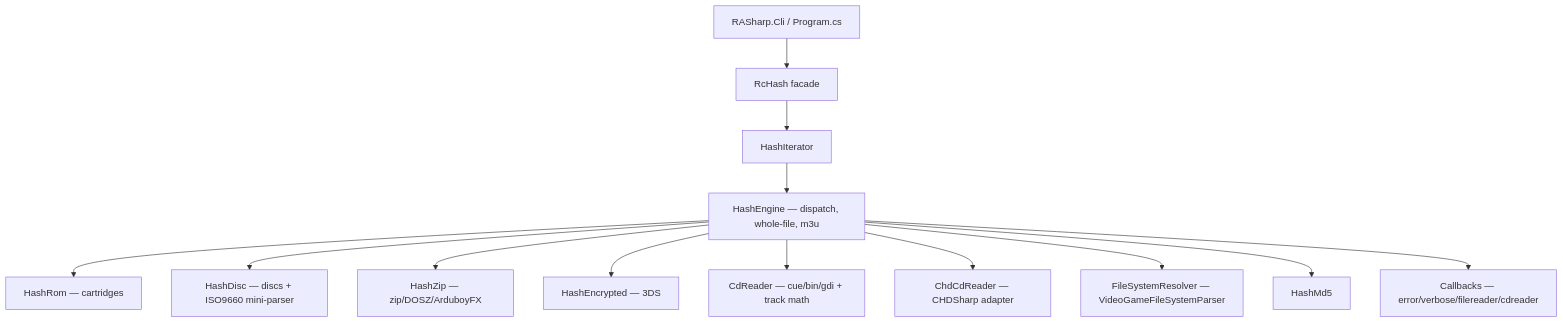
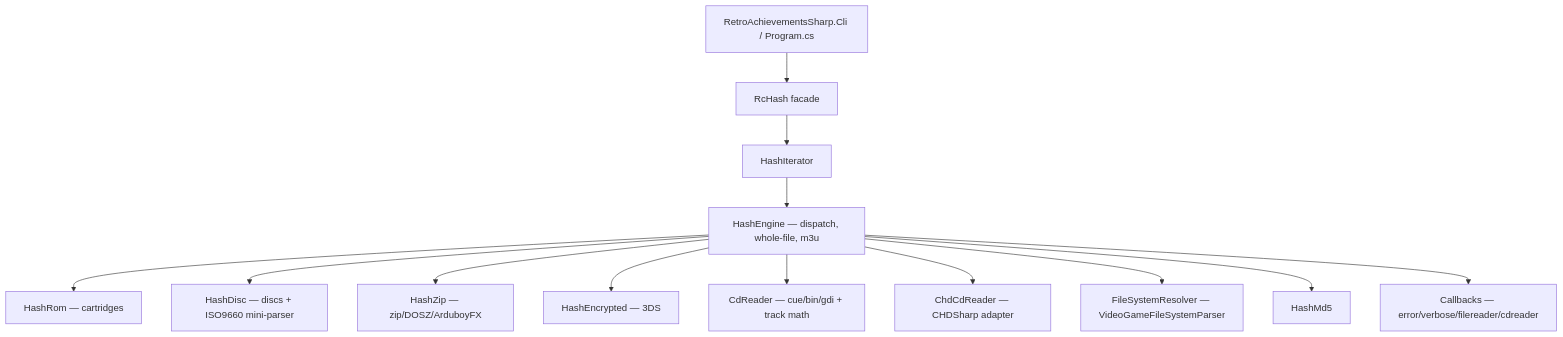
Before and after one commit to purelogiccode/RASharp: the diagram in docs/architecture/overview.md, drawn with Mermaid. The commit also changed other lines of this file and 187 other files, not shown here.

First line of the commit message:
Rename RASharp to RetroAchievementsSharp

````diff
--- a/docs/architecture/overview.md
+++ b/docs/architecture/overview.md
@@ -17,15 +17,15 @@
 ```mermaid
 graph TD
-    CLI[RASharp.Cli / Program.cs] --> RC[RcHash facade]
+    CLI[RetroAchievementsSharp.Cli / Program.cs] --> RC[RcHash facade]
     RC --> IT[HashIterator]
     IT --> HE[HashEngine — dispatch, whole-file, m3u]
     HE --> HR[HashRom — cartridges]
     HE --> HD[HashDisc — discs + ISO9660 mini-parser]
     HE --> HZ[HashZip — zip/DOSZ/ArduboyFX]
     HE --> HE3[HashEncrypted — 3DS]
     HE --> CD[CdReader — cue/bin/gdi + track math]
     HE --> CHD[ChdCdReader — CHDSharp adapter]
     HE --> FS[FileSystemResolver — VideoGameFileSystemParser]
     HE --> MD[HashMd5]
     HE --> CB[Callbacks — error/verbose/filereader/cdreader]
 ```
````
